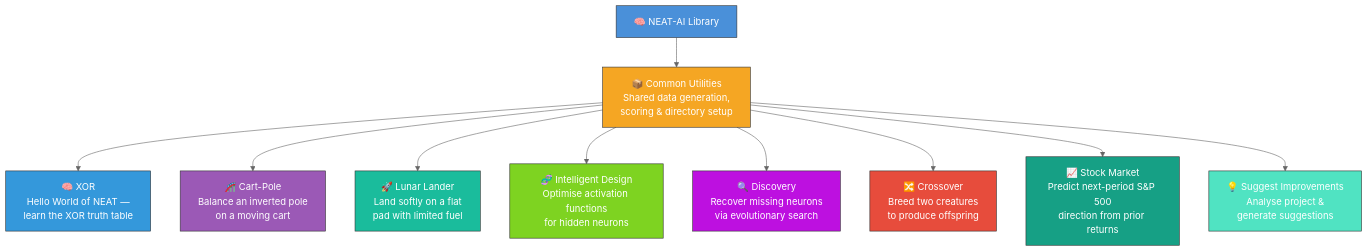
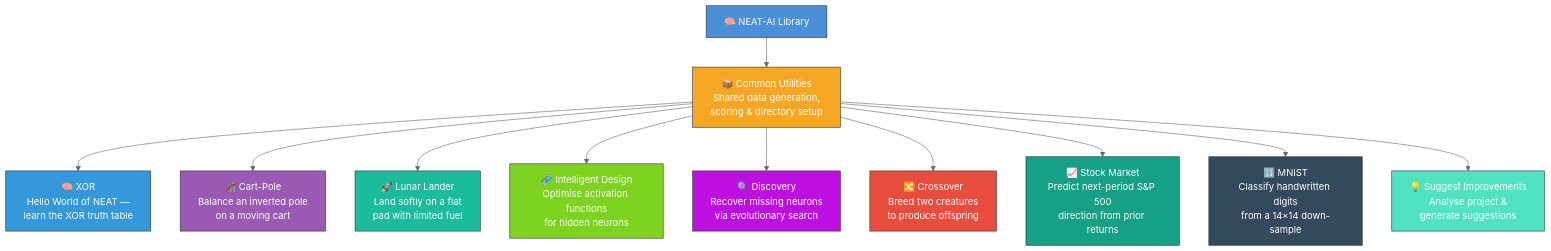
The first of 4 diagrams in README.md (stSoftwareAU/NEAT-AI-Examples), drawn with Mermaid (neutral theme) before and after one commit. The commit also changed other lines of this file and 11 other files, not shown here.

First line of the commit message:
Add MNIST handwritten digit classification example with animated grid SVG (Issue #77) (#101)

````diff
--- a/README.md
+++ b/README.md
@@ -62,35 +72,38 @@
 ```mermaid
 flowchart TD
     NEAT["🧠 NEAT-AI Library"]
     COMMON["📦 Common Utilities<br/>Shared data generation,<br/>scoring & directory setup"]
 
     XOR["🧠 XOR<br/>Hello World of NEAT —<br/>learn the XOR truth table"]
     CART["🎢 Cart-Pole<br/>Balance an inverted pole<br/>on a moving cart"]
     LUNAR["🚀 Lunar Lander<br/>Land softly on a flat<br/>pad with limited fuel"]
     ID["🧬 Intelligent Design<br/>Optimise activation functions<br/>for hidden neurons"]
     DISC["🔍 Discovery<br/>Recover missing neurons<br/>via evolutionary search"]
     CROSS["🔀 Crossover<br/>Breed two creatures<br/>to produce offspring"]
     STOCK["📈 Stock Market<br/>Predict next-period S&P 500<br/>direction from prior returns"]
+    MNIST["🔢 MNIST<br/>Classify handwritten digits<br/>from a 14×14 down-sample"]
     SUGGEST["💡 Suggest Improvements<br/>Analyse project &<br/>generate suggestions"]
 
     NEAT --> COMMON
     COMMON --> XOR
     COMMON --> CART
     COMMON --> LUNAR
     COMMON --> ID
     COMMON --> DISC
     COMMON --> CROSS
     COMMON --> STOCK
+    COMMON --> MNIST
     COMMON --> SUGGEST
 
     style NEAT fill:#4a90d9,stroke:#333,color:#fff
     style COMMON fill:#f5a623,stroke:#333,color:#fff
     style XOR fill:#3498db,stroke:#333,color:#fff
     style CART fill:#9b59b6,stroke:#333,color:#fff
     style LUNAR fill:#1abc9c,stroke:#333,color:#fff
     style ID fill:#7ed321,stroke:#333,color:#fff
     style DISC fill:#bd10e0,stroke:#333,color:#fff
     style CROSS fill:#e74c3c,stroke:#333,color:#fff
     style STOCK fill:#16a085,stroke:#333,color:#fff
+    style MNIST fill:#34495e,stroke:#333,color:#fff
     style SUGGEST fill:#50e3c2,stroke:#333,color:#fff
 ```
````
